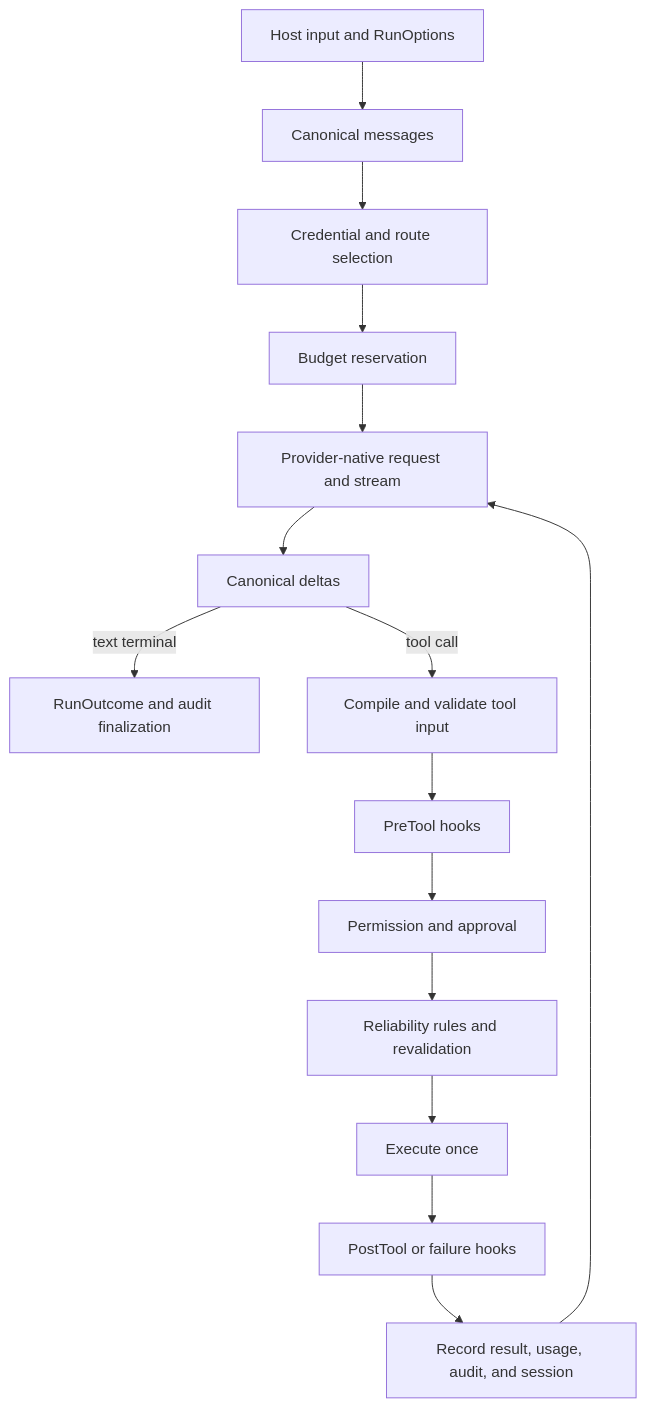
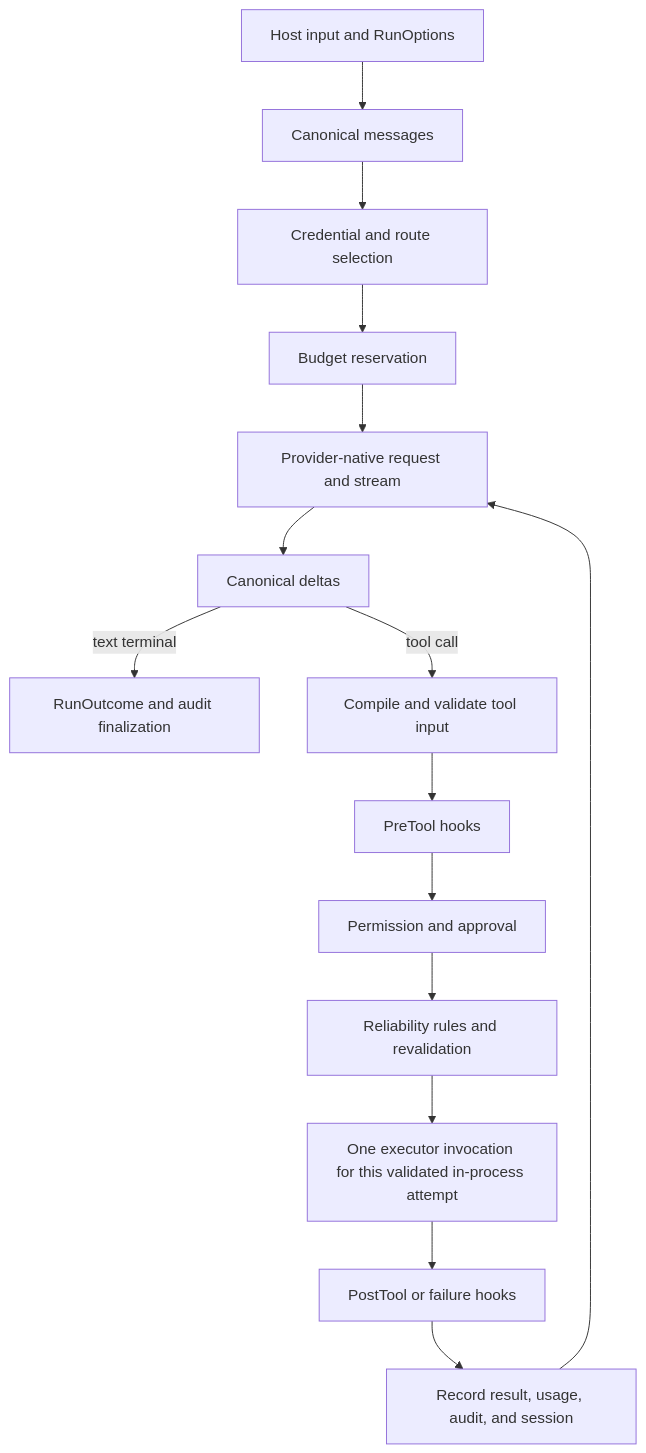
One commit to matakartal/aikit-runtime changed the diagram in docs/ARCHITECTURE.md. Above: the diagram before and after it, drawn with Mermaid. The commit also changed other lines of this file and 10 other files, not shown here.

````diff
--- a/docs/ARCHITECTURE.md
+++ b/docs/ARCHITECTURE.md
@@ -36,17 +36,17 @@
 ```mermaid
 flowchart TD
     HOST[Host input and RunOptions] --> NORMALIZE[Canonical messages]
     NORMALIZE --> ROUTE[Credential and route selection]
     ROUTE --> RESERVE[Budget reservation]
     RESERVE --> PROVIDER[Provider-native request and stream]
     PROVIDER --> DELTA[Canonical deltas]
     DELTA -->|text terminal| OUTCOME[RunOutcome and audit finalization]
     DELTA -->|tool call| SCHEMA[Compile and validate tool input]
     SCHEMA --> HOOK[PreTool hooks]
     HOOK --> POLICY[Permission and approval]
     POLICY --> RELIABILITY[Reliability rules and revalidation]
-    RELIABILITY --> EXECUTE[Execute once]
+    RELIABILITY --> EXECUTE[One executor invocation for this validated in-process attempt]
     EXECUTE --> POST[PostTool or failure hooks]
     POST --> RECORD[Record result, usage, audit, and session]
     RECORD --> PROVIDER
 ```
````
